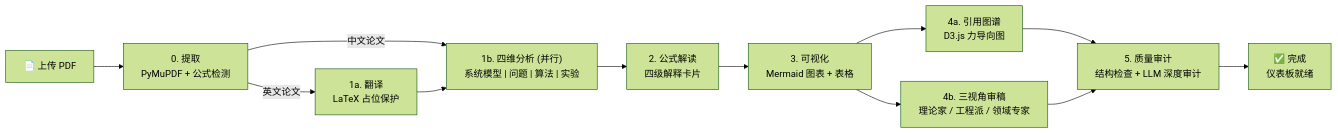
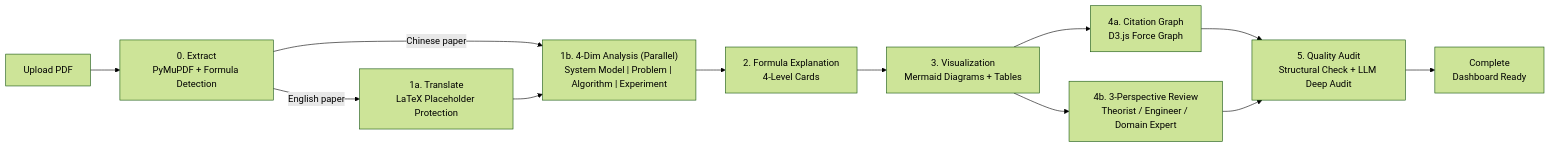
The second of 2 diagrams in README.md (silver4444-xs/silver_research_bot), drawn with Mermaid (forest theme) before and after one commit. The commit also changed other lines of this file and 22 other files, not shown here.

````diff
--- a/README.md
+++ b/README.md
@@ -208,14 +187,14 @@
 ```mermaid
 flowchart LR
-    UPLOAD["📄 上传 PDF"] --> EXTRACT["0. 提取<br/>PyMuPDF + 公式检测"]
-    EXTRACT -->|"英文论文"| TRANSLATE["1a. 翻译<br/>LaTeX 占位保护"]
-    EXTRACT -->|"中文论文"| ANALYZE
-    TRANSLATE --> ANALYZE["1b. 四维分析 (并行)<br/>系统模型 | 问题 | 算法 | 实验"]
-    ANALYZE --> FORMULA["2. 公式解读<br/>四级解释卡片"]
-    FORMULA --> VIS["3. 可视化<br/>Mermaid 图表 + 表格"]
-    VIS --> CITATION["4a. 引用图谱<br/>D3.js 力导向图"]
-    VIS --> REVIEW["4b. 三视角审稿<br/>理论家 / 工程派 / 领域专家"]
-    CITATION --> AUDIT["5. 质量审计<br/>结构检查 + LLM 深度审计"]
+    UPLOAD["Upload PDF"] --> EXTRACT["0. Extract<br/>PyMuPDF + Formula Detection"]
+    EXTRACT -->|"English paper"| TRANSLATE["1a. Translate<br/>LaTeX Placeholder Protection"]
+    EXTRACT -->|"Chinese paper"| ANALYZE
+    TRANSLATE --> ANALYZE["1b. 4-Dim Analysis (Parallel)<br/>System Model | Problem | Algorithm | Experiment"]
+    ANALYZE --> FORMULA["2. Formula Explanation<br/>4-Level Cards"]
+    FORMULA --> VIS["3. Visualization<br/>Mermaid Diagrams + Tables"]
+    VIS --> CITATION["4a. Citation Graph<br/>D3.js Force Graph"]
+    VIS --> REVIEW["4b. 3-Perspective Review<br/>Theorist / Engineer / Domain Expert"]
+    CITATION --> AUDIT["5. Quality Audit<br/>Structural Check + LLM Deep Audit"]
     REVIEW --> AUDIT
-    AUDIT --> DONE["✅ 完成<br/>仪表板就绪"]
+    AUDIT --> DONE["Complete<br/>Dashboard Ready"]
 ```
````
